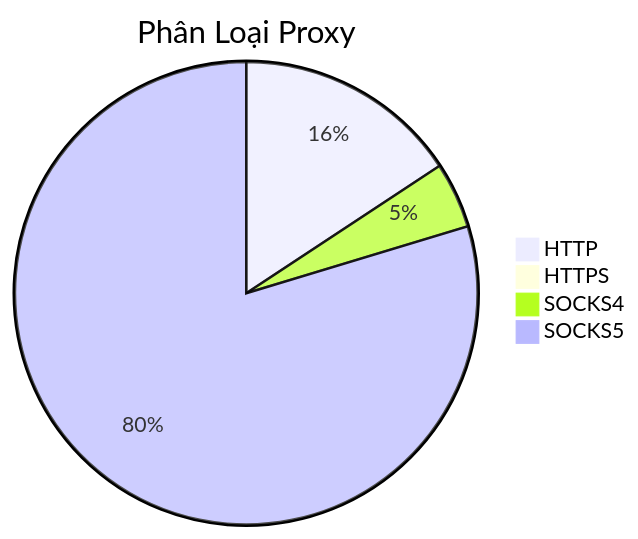
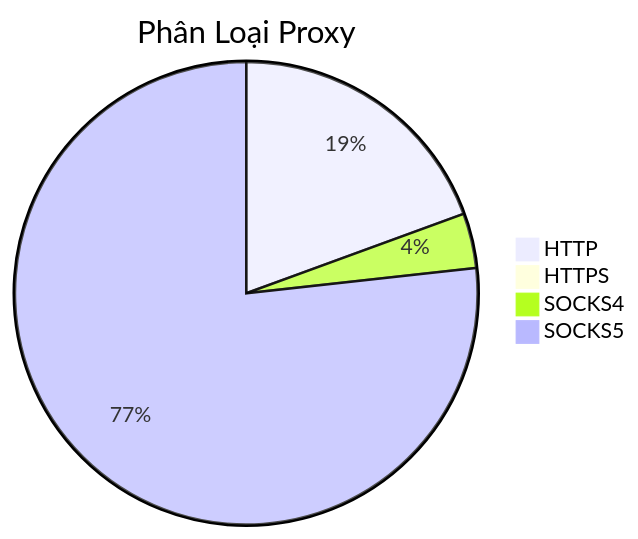
Before and after one commit to Ciara-12/PROXY-free: the diagram in README.md, drawn with Mermaid. The commit also changed other lines of this file and 4 other files, not shown here.

````diff
--- a/README.md
+++ b/README.md
@@ -26,7 +26,7 @@
 ```mermaid
 pie title Phân Loại Proxy
-    "HTTP" : 881
-    "HTTPS" : 1
+    "HTTP" : 1310
+    "HTTPS" : 4
     "SOCKS4" : 258
-    "SOCKS5" : 4463
+    "SOCKS5" : 5175
 ```
````
